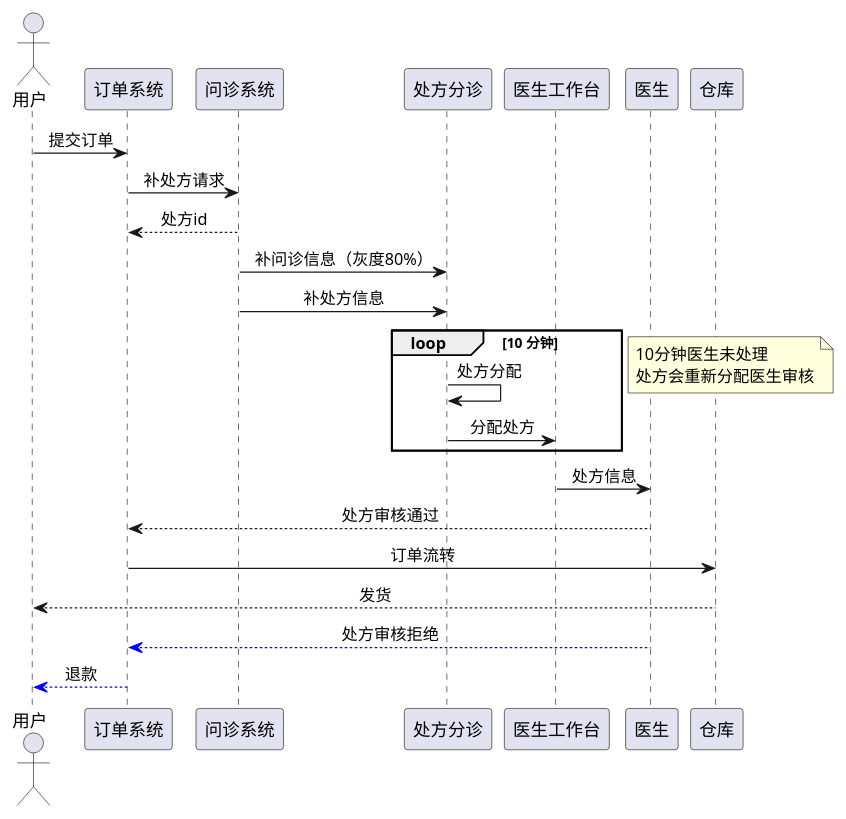
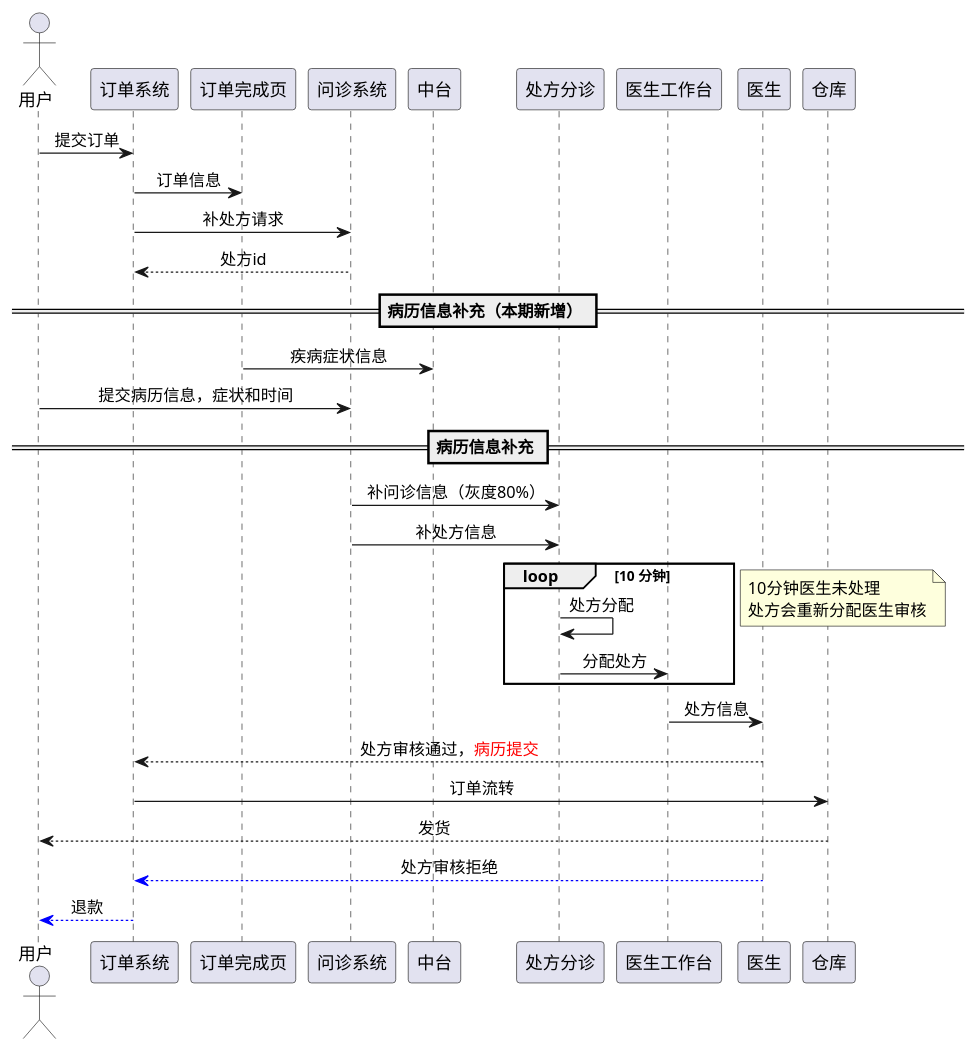
The diagram in chaos/src/main/java/com/chaos/graph/需求前置.puml (wxxzy/mdesk), drawn with PlantUML before and after one commit.

Commit message:
add PlantUML

```diff
--- a/chaos/src/main/java/com/chaos/graph/需求前置.puml
+++ b/chaos/src/main/java/com/chaos/graph/需求前置.puml
@@ -1,26 +1,41 @@
 @startuml
 actor 用户
-skinparam sequenceMessageAlign center
+skinParam sequenceMessageAlign center
+
+
 
 用户 -> 订单系统: 提交订单
 
+'box "Internal Service" #LightBlue
+'participant 订单完成页
+'participant 问诊系统
+'end box
+
+订单系统 -> 订单完成页: 订单信息
 订单系统 -> 问诊系统: 补处方请求
 问诊系统 --> 订单系统: 处方id
+
+== 病历信息补充（本期新增） ==
+
+订单完成页->中台:疾病症状信息
+用户 -> 问诊系统: 提交病历信息，症状和时间
+== 病历信息补充 ==
+
 问诊系统 -> 处方分诊: 补问诊信息（灰度80%）
 问诊系统 -> 处方分诊: 补处方信息
 loop 10 分钟
     处方分诊 ->处方分诊: 处方分配
     处方分诊 -> 医生工作台: 分配处方
 end
 
 note left
 10分钟医生未处理
 处方会重新分配医生审核
 end note
 医生工作台 -> 医生: 处方信息
-医生 --> 订单系统: 处方审核通过
+医生 --> 订单系统: 处方审核通过，<font color=red>病历提交</font>
 订单系统 ->仓库: 订单流转
 仓库 --> 用户: 发货
 医生 --[#0000FF]> 订单系统: 处方审核拒绝
 订单系统--[#0000FF]> 用户: 退款
 @enduml
```
